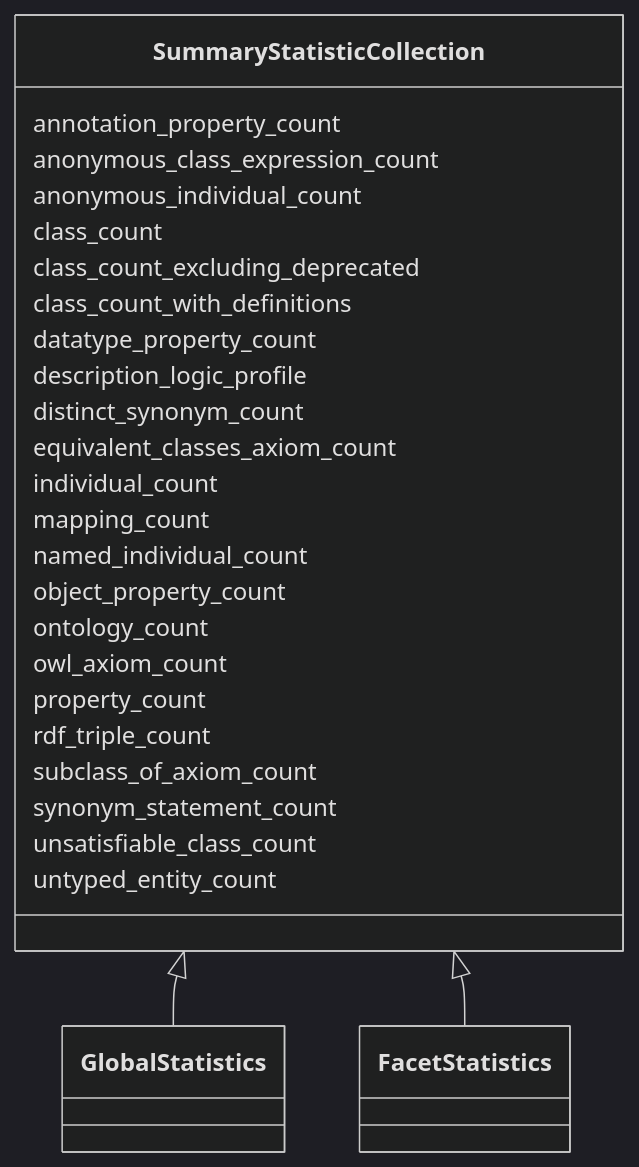
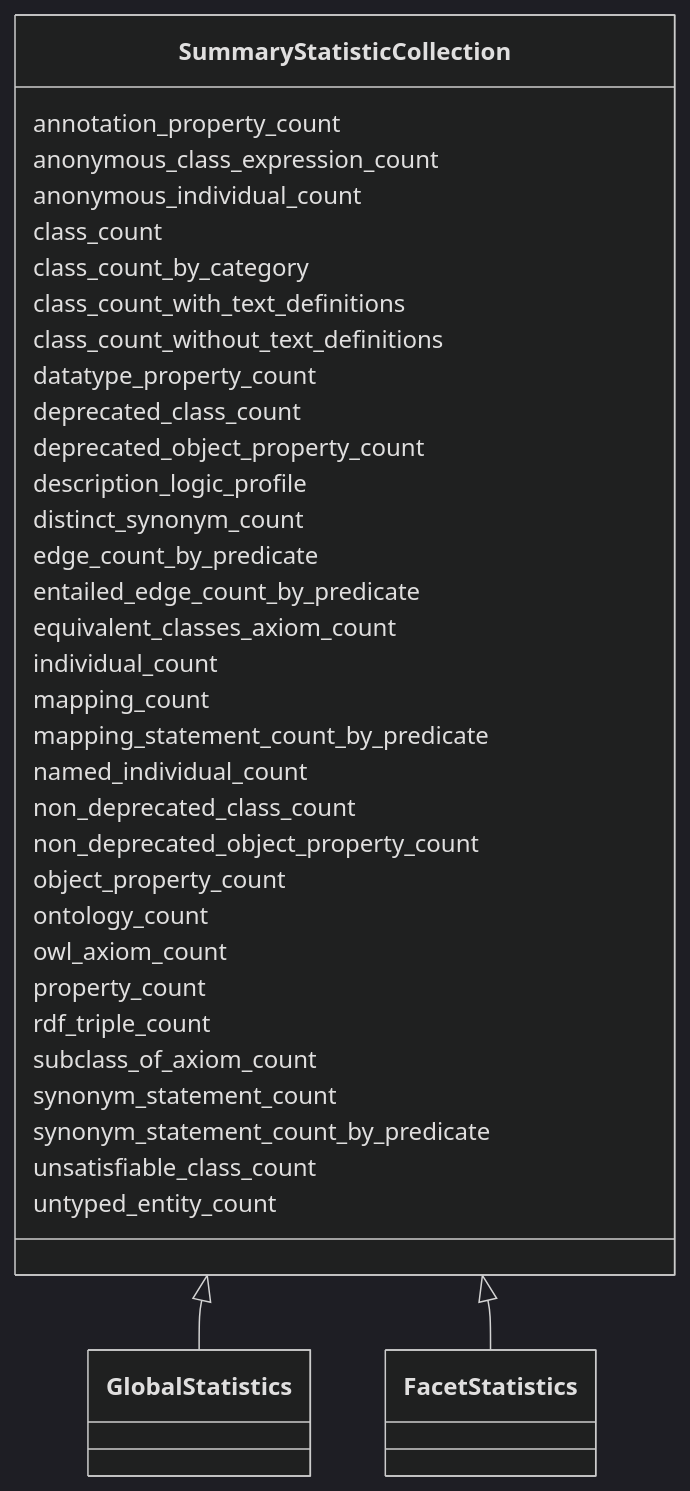
The diagram in summary-statistics/SummaryStatisticCollection.md (INCATools/ontology-access-kit), drawn with Mermaid (dark theme) before and after one commit. The commit also changed other lines of this file and 112 other files, not shown here.

````diff
--- a/summary-statistics/SummaryStatisticCollection.md
+++ b/summary-statistics/SummaryStatisticCollection.md
@@ -11,30 +11,39 @@
 ```{mermaid}
  classDiagram
     class SummaryStatisticCollection
       SummaryStatisticCollection <|-- GlobalStatistics
       SummaryStatisticCollection <|-- FacetStatistics
       
       SummaryStatisticCollection : annotation_property_count
       SummaryStatisticCollection : anonymous_class_expression_count
       SummaryStatisticCollection : anonymous_individual_count
       SummaryStatisticCollection : class_count
-      SummaryStatisticCollection : class_count_excluding_deprecated
-      SummaryStatisticCollection : class_count_with_definitions
+      SummaryStatisticCollection : class_count_by_category
+      SummaryStatisticCollection : class_count_with_text_definitions
+      SummaryStatisticCollection : class_count_without_text_definitions
       SummaryStatisticCollection : datatype_property_count
+      SummaryStatisticCollection : deprecated_class_count
+      SummaryStatisticCollection : deprecated_object_property_count
       SummaryStatisticCollection : description_logic_profile
       SummaryStatisticCollection : distinct_synonym_count
+      SummaryStatisticCollection : edge_count_by_predicate
+      SummaryStatisticCollection : entailed_edge_count_by_predicate
       SummaryStatisticCollection : equivalent_classes_axiom_count
       SummaryStatisticCollection : individual_count
       SummaryStatisticCollection : mapping_count
+      SummaryStatisticCollection : mapping_statement_count_by_predicate
       SummaryStatisticCollection : named_individual_count
+      SummaryStatisticCollection : non_deprecated_class_count
+      SummaryStatisticCollection : non_deprecated_object_property_count
       SummaryStatisticCollection : object_property_count
       SummaryStatisticCollection : ontology_count
       SummaryStatisticCollection : owl_axiom_count
       SummaryStatisticCollection : property_count
       SummaryStatisticCollection : rdf_triple_count
       SummaryStatisticCollection : subclass_of_axiom_count
       SummaryStatisticCollection : synonym_statement_count
+      SummaryStatisticCollection : synonym_statement_count_by_predicate
       SummaryStatisticCollection : unsatisfiable_class_count
       SummaryStatisticCollection : untyped_entity_count
       
 ```
````
